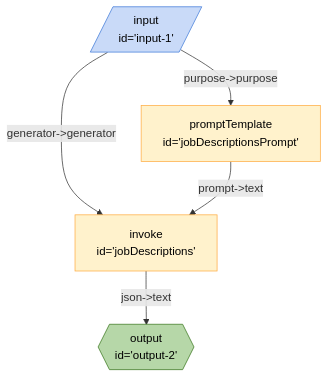
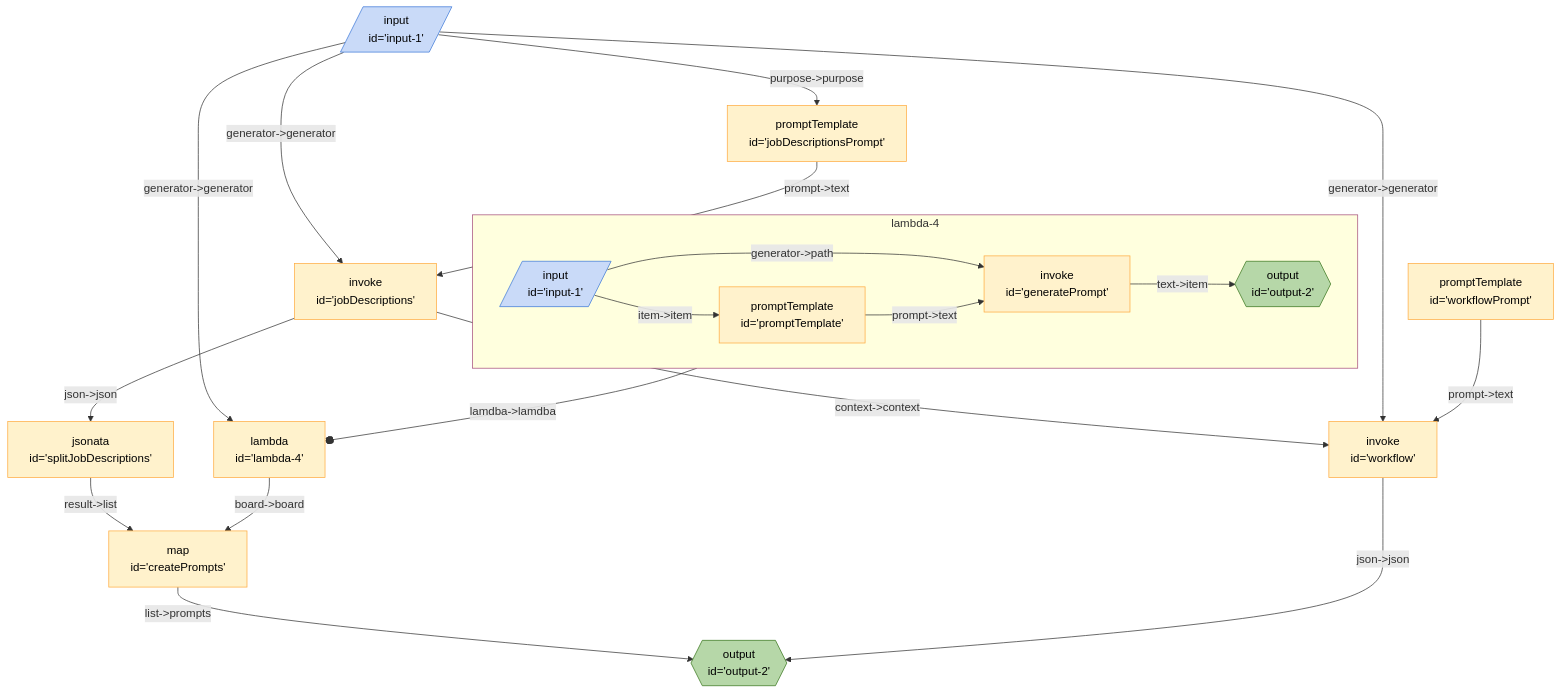
One commit to breadboard-ai/breadboard changed the diagram in packages/breadboard-web/docs/graphs/team-builder.md. Above: the diagram before and after it, drawn with Mermaid. The commit also changed 10 other files, not shown here.

````diff
--- a/packages/breadboard-web/docs/graphs/team-builder.md
+++ b/packages/breadboard-web/docs/graphs/team-builder.md
@@ -3,16 +3,32 @@
 ```mermaid
 %%{init: 'themeVariables': { 'fontFamily': 'Fira Code, monospace' }}%%
 graph TD;
-jobDescriptions["invoke <br> id='jobDescriptions'"] -- "json->text" --> output2{{"output <br> id='output-2'"}}:::output
+createPrompts["map <br> id='createPrompts'"] -- "list->prompts" --> output2{{"output <br> id='output-2'"}}:::output
+workflow["invoke <br> id='workflow'"] -- "json->json" --> output2{{"output <br> id='output-2'"}}:::output
+splitJobDescriptions["jsonata <br> id='splitJobDescriptions'"] -- "result->list" --> createPrompts["map <br> id='createPrompts'"]
+lambda4["lambda <br> id='lambda-4'"] -- "board->board" --> createPrompts["map <br> id='createPrompts'"]
+subgraph sg_lambda4 [lambda-4]
+lambda4_generatePrompt["invoke <br> id='generatePrompt'"] -- "text->item" --> lambda4_output2{{"output <br> id='output-2'"}}:::output
+lambda4_input1[/"input <br> id='input-1'"/]:::input -- "item->item" --> lambda4_promptTemplate["promptTemplate <br> id='promptTemplate'"]
+lambda4_input1[/"input <br> id='input-1'"/]:::input -- "generator->path" --> lambda4_generatePrompt["invoke <br> id='generatePrompt'"]
+lambda4_promptTemplate["promptTemplate <br> id='promptTemplate'"] -- "prompt->text" --> lambda4_generatePrompt["invoke <br> id='generatePrompt'"]
+end
+sg_lambda4:::slotted -- "lamdba->lamdba" --o lambda4
+
+jobDescriptions["invoke <br> id='jobDescriptions'"] -- "context->context" --> workflow["invoke <br> id='workflow'"]
+jobDescriptions["invoke <br> id='jobDescriptions'"] -- "json->json" --> splitJobDescriptions["jsonata <br> id='splitJobDescriptions'"]
 input1[/"input <br> id='input-1'"/]:::input -- "purpose->purpose" --> jobDescriptionsPrompt["promptTemplate <br> id='jobDescriptionsPrompt'"]
 input1[/"input <br> id='input-1'"/]:::input -- "generator->generator" --> jobDescriptions["invoke <br> id='jobDescriptions'"]
+input1[/"input <br> id='input-1'"/]:::input -- "generator->generator" --> workflow["invoke <br> id='workflow'"]
+input1[/"input <br> id='input-1'"/]:::input -- "generator->generator" --> lambda4["lambda <br> id='lambda-4'"]
+workflowPrompt["promptTemplate <br> id='workflowPrompt'"] -- "prompt->text" --> workflow["invoke <br> id='workflow'"]
 jobDescriptionsPrompt["promptTemplate <br> id='jobDescriptionsPrompt'"] -- "prompt->text" --> jobDescriptions["invoke <br> id='jobDescriptions'"]
 classDef default stroke:#ffab40,fill:#fff2ccff,color:#000
 classDef input stroke:#3c78d8,fill:#c9daf8ff,color:#000
 classDef output stroke:#38761d,fill:#b6d7a8ff,color:#000
 classDef passthrough stroke:#a64d79,fill:#ead1dcff,color:#000
 classDef slot stroke:#a64d79,fill:#ead1dcff,color:#000
 classDef config stroke:#a64d79,fill:#ead1dcff,color:#000
 classDef secrets stroke:#db4437,fill:#f4cccc,color:#000
 classDef slotted stroke:#a64d79
 ```
````
